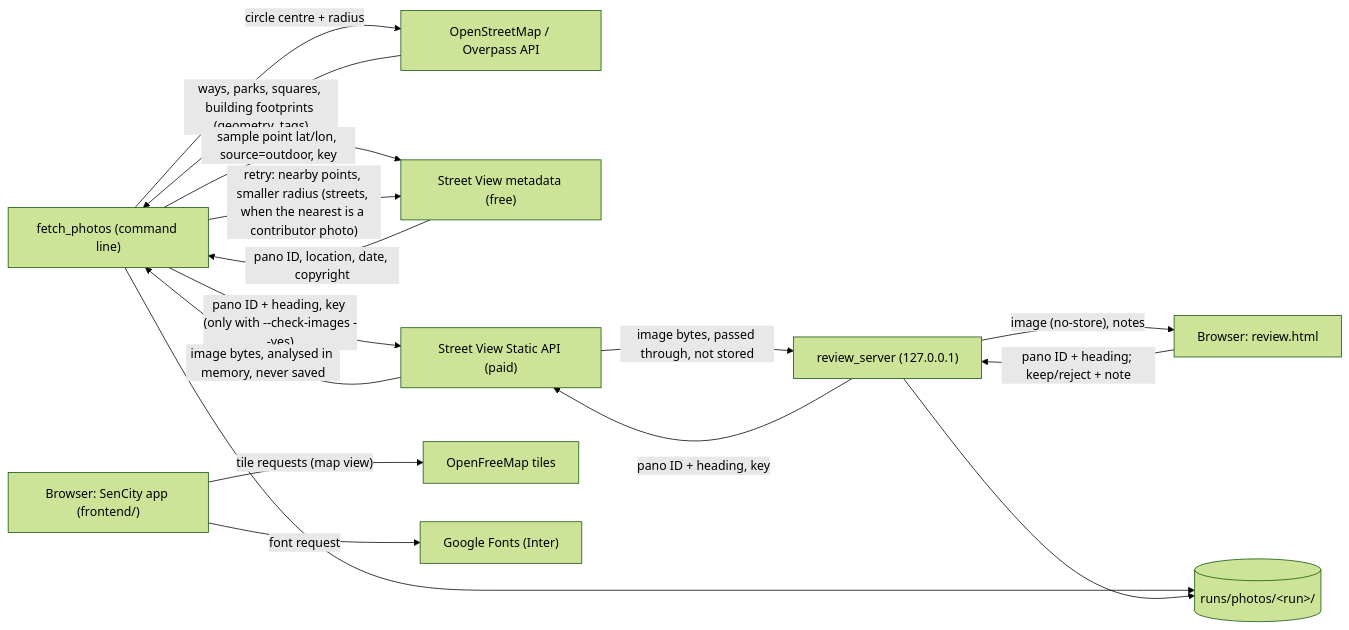
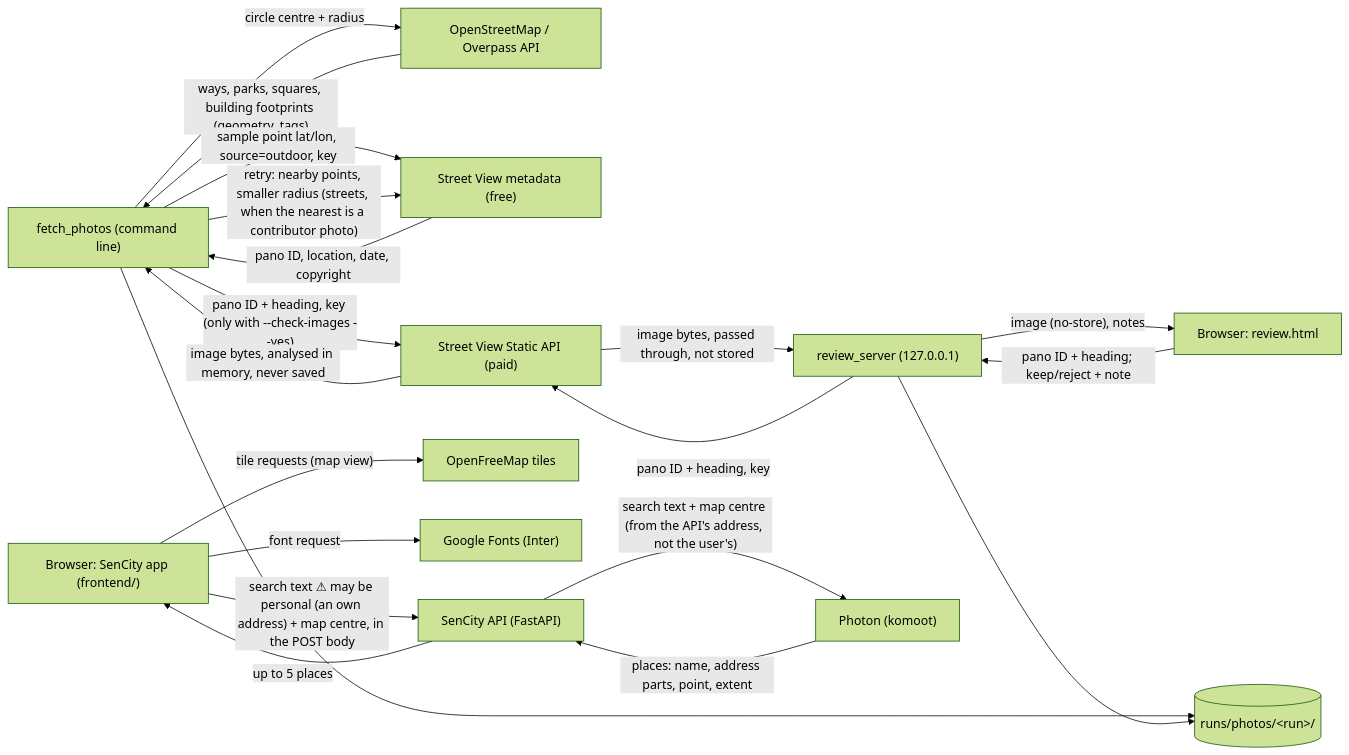
One commit to elena-corio/thesis-sencity changed the diagram in docs/architecture.md. Above: the diagram before and after it, drawn with Mermaid (forest theme). The commit also changed other lines of this file and 23 other files, not shown here.

First line of the commit message:
Add address search through the SenCity API

````diff
--- a/docs/architecture.md
+++ b/docs/architecture.md
@@ -11,18 +12,22 @@
 ```mermaid
 flowchart LR
   CLI["fetch_photos (command line)"] -- "circle centre + radius" --> OVP["OpenStreetMap / Overpass API"]
   OVP -- "ways, parks, squares, building footprints (geometry, tags)" --> CLI
   CLI -- "sample point lat/lon, source=outdoor, key" --> SVM["Street View metadata (free)"]
   SVM -- "pano ID, location, date, copyright" --> CLI
   CLI -- "retry: nearby points, smaller radius (streets, when the nearest is a contributor photo)" --> SVM
   CLI -- "pano ID + heading, key (only with --check-images --yes)" --> SVI["Street View Static API (paid)"]
   SVI -- "image bytes, analysed in memory, never saved" --> CLI
   CLI --> RUN[("runs/photos/&lt;run&gt;/")]
   BR["Browser: review.html"] -- "pano ID + heading; keep/reject + note" --> RS["review_server (127.0.0.1)"]
   RS -- "pano ID + heading, key" --> SVI
   SVI -- "image bytes, passed through, not stored" --> RS
   RS -- "image (no-store), notes" --> BR
   RS --> RUN
   APP["Browser: SenCity app (frontend/)"] -- "tile requests (map view)" --> OFM["OpenFreeMap tiles"]
   APP -- "font request" --> GF["Google Fonts (Inter)"]
+  APP -- "search text ⚠ may be personal (an own address) + map centre, in the POST body" --> API["SenCity API (FastAPI)"]
+  API -- "search text + map centre (from the API's address, not the user's)" --> PH["Photon (komoot)"]
+  PH -- "places: name, address parts, point, extent" --> API
+  API -- "up to 5 places" --> APP
 ```
````
